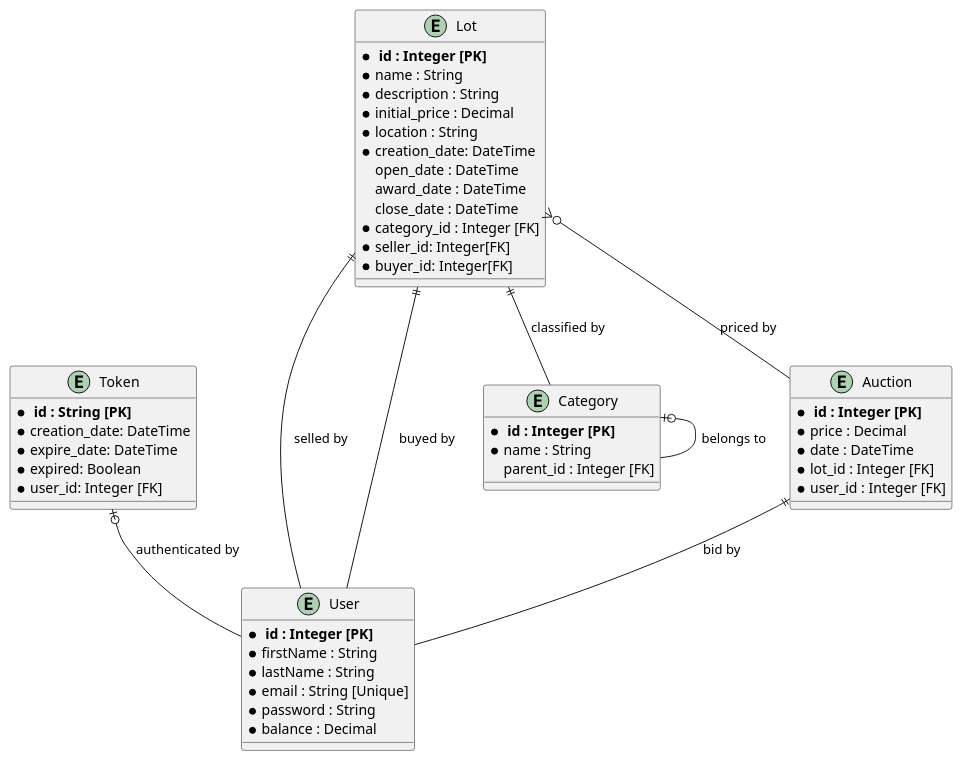
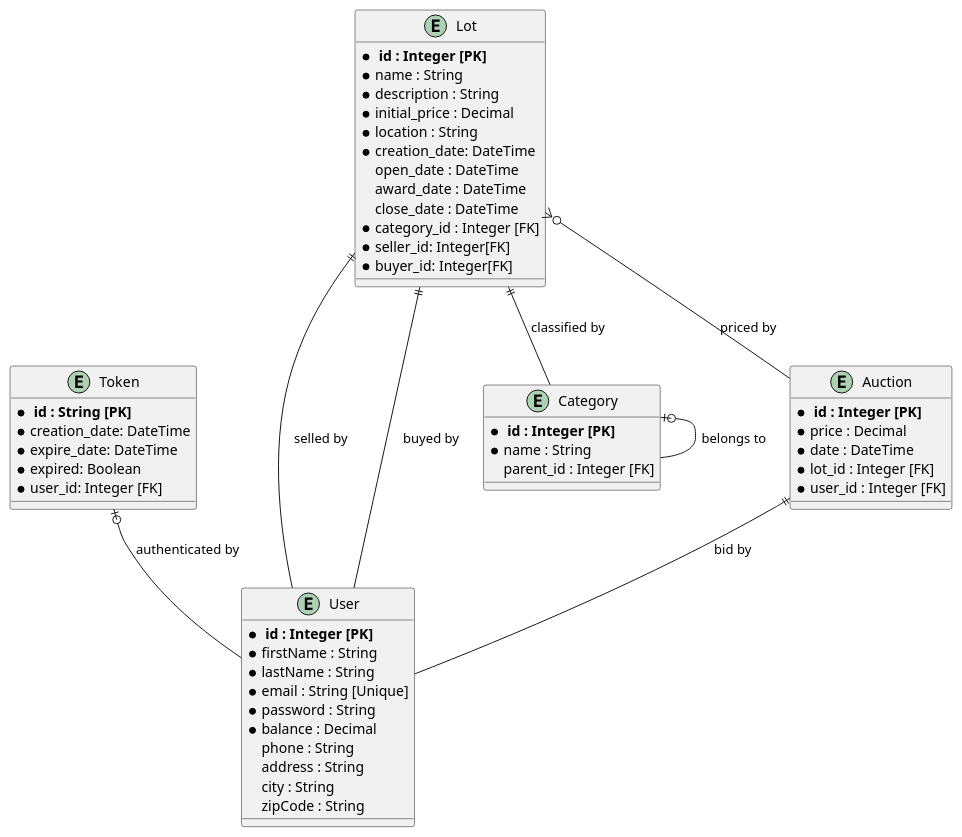
Before and after one commit to ETML-ES-LABEFE-MANUEL-THEO/BACKEND: the diagram in docs/mld.puml, drawn with PlantUML. The commit also changed 2 other files, not shown here.

Commit message:
docs: updated to match current code (user account)

```diff
--- a/docs/mld.puml
+++ b/docs/mld.puml
@@ -1,55 +1,59 @@
  @startuml
 
 entity User {
     * ** id : Integer [PK] **
     * firstName : String
     * lastName : String
     * email : String [Unique]
     * password : String
     * balance : Decimal
+    phone : String
+    address : String
+    city : String
+    zipCode : String
 }
 
 entity Token {
     * ** id : String [PK] **
     * creation_date: DateTime
     * expire_date: DateTime
     * expired: Boolean
     * user_id: Integer [FK]
 }
 Token |o-- User : authenticated by
 
 entity Category {
     * ** id : Integer [PK] **
     * name : String
     parent_id : Integer [FK]
 }
 Category |o-- Category : belongs to
 
 entity Lot {
     * ** id : Integer [PK] **
     * name : String
     * description : String
     * initial_price : Decimal
     * location : String
     * creation_date: DateTime
     open_date : DateTime
     award_date : DateTime
     close_date : DateTime
     * category_id : Integer [FK]
     * seller_id: Integer[FK]
     * buyer_id: Integer[FK]
 }
 Lot ||-- Category : classified by
 Lot ||-- User : selled by
 Lot ||-- User : buyed by
 
 entity Auction {
     * ** id : Integer [PK] **
     * price : Decimal
     * date : DateTime
     * lot_id : Integer [FK]
     * user_id : Integer [FK]
 }
 Lot }o-- Auction : priced by
 Auction ||-- User : bid by
 @enduml
```
